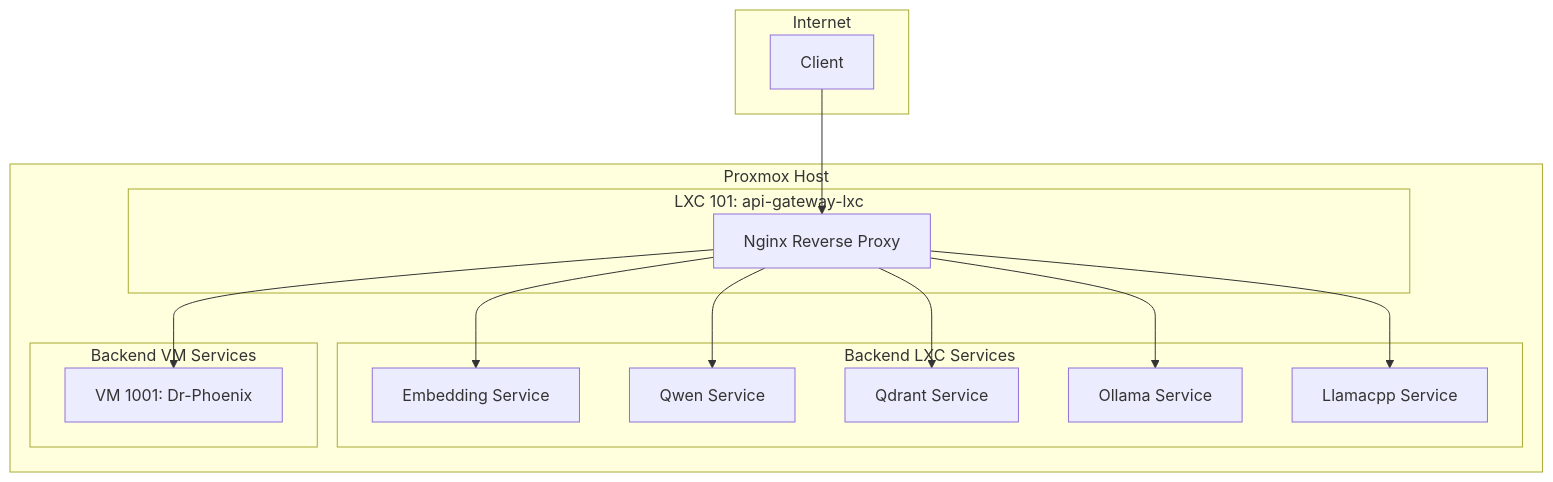
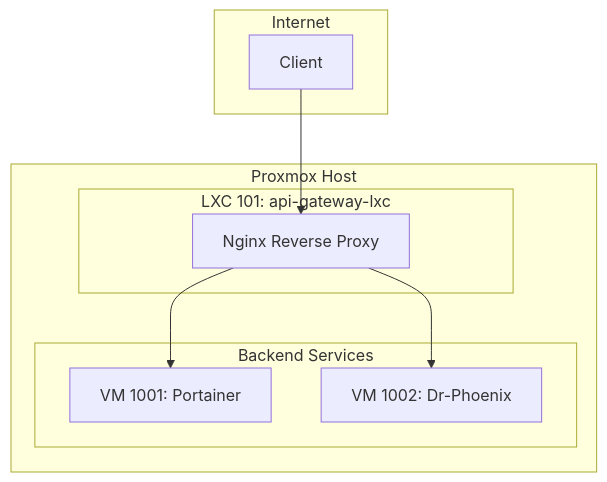
The fifth of 5 diagrams in Thinkheads.AI_docs/02_technical_strategy_and_architecture/26_phoenix_hypervisor_unified_architecture_guide.md (SirHeads/Testing-ideas), drawn with Mermaid before and after one commit. The commit also changed other lines of this file and 21 other files, not shown here.

Commit message:
vm dr-phoenix up with qdrant

````diff
--- a/Thinkheads.AI_docs/02_technical_strategy_and_architecture/26_phoenix_hypervisor_unified_architecture_guide.md
+++ b/Thinkheads.AI_docs/02_technical_strategy_and_architecture/26_phoenix_hypervisor_unified_architecture_guide.md
@@ -270,32 +258,21 @@
 ```mermaid
 graph TD
     subgraph "Internet"
         A[Client]
     end
 
     subgraph "Proxmox Host"
         subgraph "LXC 101: api-gateway-lxc"
             B[Nginx Reverse Proxy]
         end
 
-        subgraph "Backend LXC Services"
-            C[Embedding Service]
-            D[Qwen Service]
-            E[Qdrant Service]
-            H[Ollama Service]
-            I[Llamacpp Service]
-        end
-
-        subgraph "Backend VM Services"
-            VM[VM 1001: Dr-Phoenix]
+        subgraph "Backend Services"
+            VM1001["VM 1001: Portainer"]
+            VM1002["VM 1002: Dr-Phoenix"]
         end
     end
 
     A --> B
-    B --> C
-    B --> D
-    B --> E
-    B --> H
-    B --> I
-    B --> VM
+    B --> VM1001
+    B --> VM1002
 ```
````
